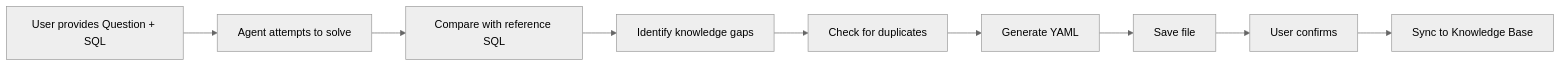
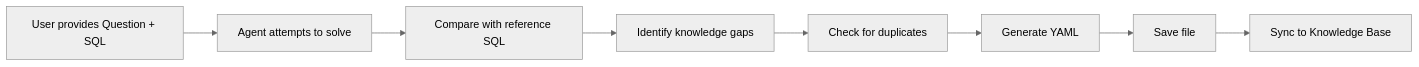
Before and after one commit to Datus-ai/Datus-agent: the fourth of 8 diagrams in docs/subagent/builtin_subagents.md, drawn with Mermaid (neutral theme). The commit also changed other lines of this file and 11 other files, not shown here.

````diff
--- a/docs/subagent/builtin_subagents.md
+++ b/docs/subagent/builtin_subagents.md
@@ -644,11 +587,10 @@
 ```mermaid
 graph LR
     A[User provides Question + SQL] --> B[Agent attempts to solve]
     B --> C[Compare with reference SQL]
     C --> D[Identify knowledge gaps]
     D --> E[Check for duplicates]
     E --> F[Generate YAML]
     F --> G[Save file]
-    G --> H[User confirms]
-    H --> I[Sync to Knowledge Base]
+    G --> H[Sync to Knowledge Base]
 ```
````
